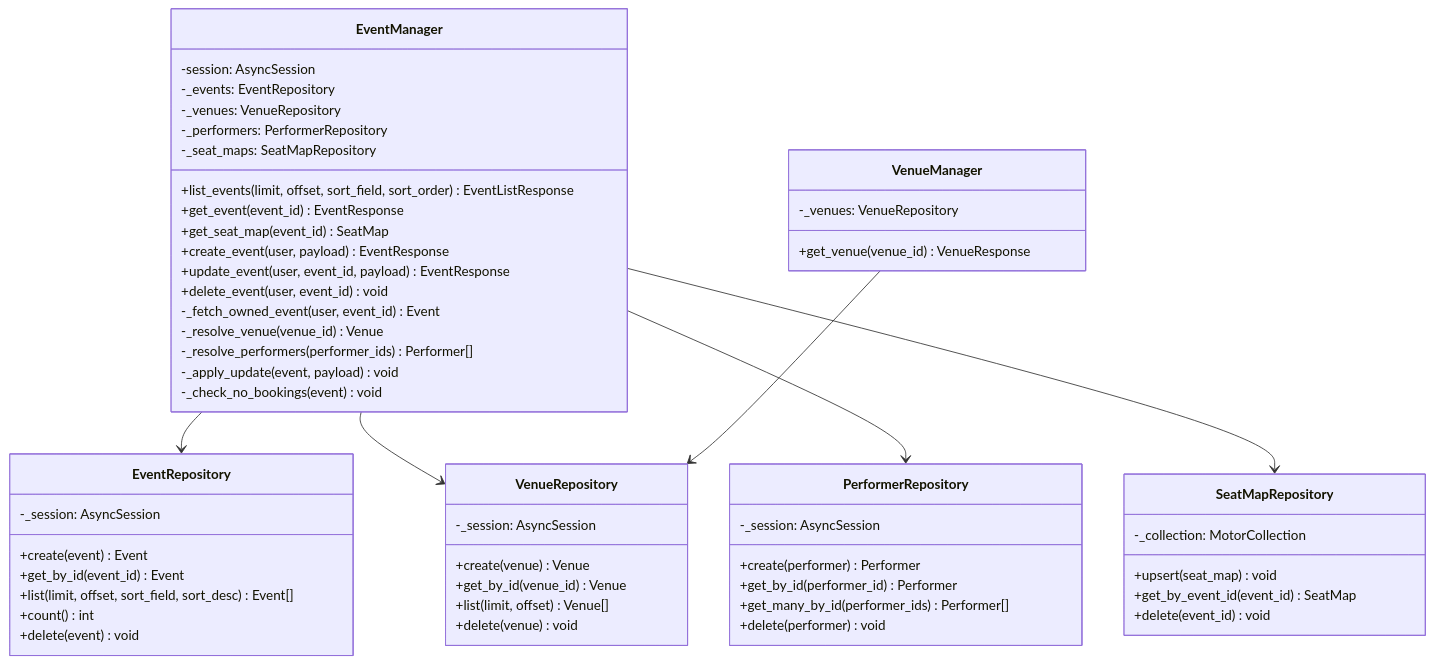
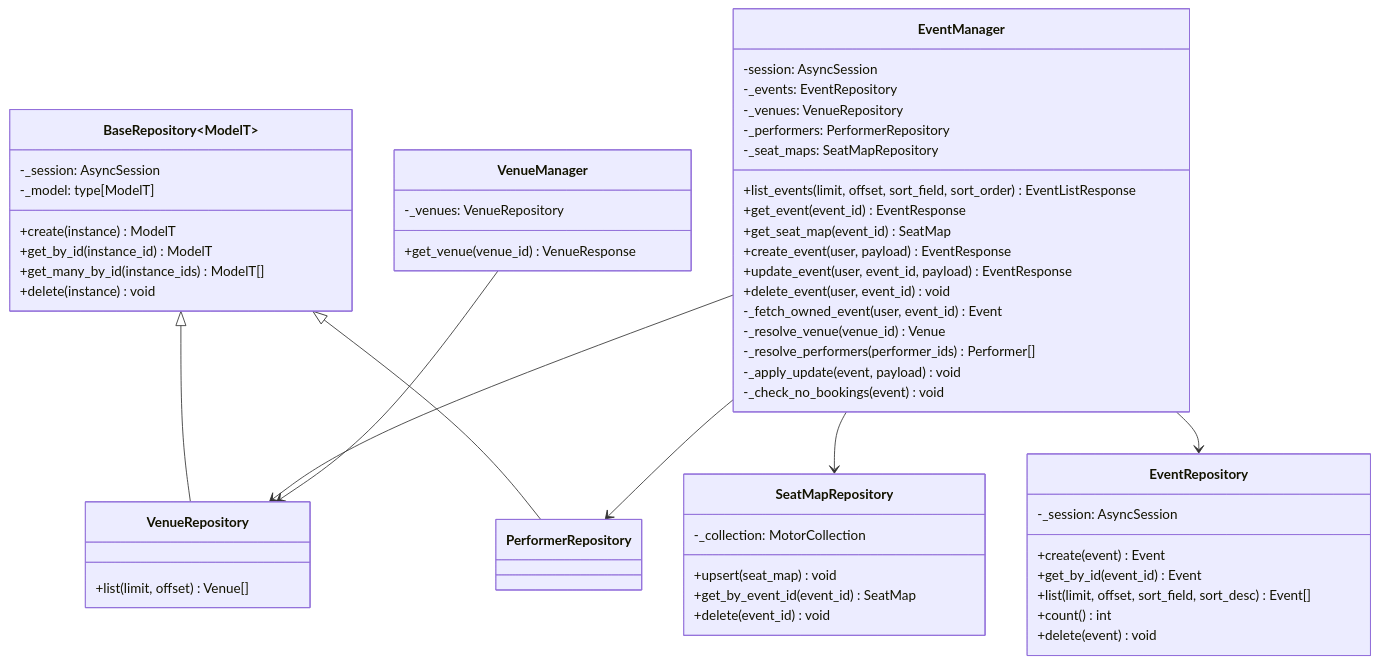
Before and after one commit to STRYKER316/event-ticketing-platform: the diagram in docs/report/class-diagrams.md, drawn with Mermaid. The commit also changed other lines of this file, not shown here.

Commit message:
docs: update class-diagrams.md to reflect BaseRepository extraction

````diff
--- a/docs/report/class-diagrams.md
+++ b/docs/report/class-diagrams.md
@@ -12,64 +12,66 @@
 ```mermaid
 classDiagram
     class EventManager {
         -session: AsyncSession
         -_events: EventRepository
         -_venues: VenueRepository
         -_performers: PerformerRepository
         -_seat_maps: SeatMapRepository
         +list_events(limit, offset, sort_field, sort_order) EventListResponse
         +get_event(event_id) EventResponse
         +get_seat_map(event_id) SeatMap
         +create_event(user, payload) EventResponse
         +update_event(user, event_id, payload) EventResponse
         +delete_event(user, event_id) void
         -_fetch_owned_event(user, event_id) Event
         -_resolve_venue(venue_id) Venue
         -_resolve_performers(performer_ids) Performer[]
         -_apply_update(event, payload) void
         -_check_no_bookings(event) void
     }
 
     class VenueManager {
         -_venues: VenueRepository
         +get_venue(venue_id) VenueResponse
     }
 
+    class BaseRepository~ModelT~ {
+        -_session: AsyncSession
+        -_model: type[ModelT]
+        +create(instance) ModelT
+        +get_by_id(instance_id) ModelT
+        +get_many_by_id(instance_ids) ModelT[]
+        +delete(instance) void
+    }
+
     class EventRepository {
         -_session: AsyncSession
         +create(event) Event
         +get_by_id(event_id) Event
         +list(limit, offset, sort_field, sort_desc) Event[]
         +count() int
         +delete(event) void
     }
 
     class VenueRepository {
-        -_session: AsyncSession
-        +create(venue) Venue
-        +get_by_id(venue_id) Venue
         +list(limit, offset) Venue[]
-        +delete(venue) void
     }
 
-    class PerformerRepository {
-        -_session: AsyncSession
-        +create(performer) Performer
-        +get_by_id(performer_id) Performer
-        +get_many_by_id(performer_ids) Performer[]
-        +delete(performer) void
-    }
+    class PerformerRepository
 
     class SeatMapRepository {
         -_collection: MotorCollection
         +upsert(seat_map) void
         +get_by_event_id(event_id) SeatMap
         +delete(event_id) void
     }
 
+    BaseRepository <|-- VenueRepository
+    BaseRepository <|-- PerformerRepository
+
     EventManager --> EventRepository
     EventManager --> VenueRepository
     EventManager --> PerformerRepository
     EventManager --> SeatMapRepository
     VenueManager --> VenueRepository
 ```
````
